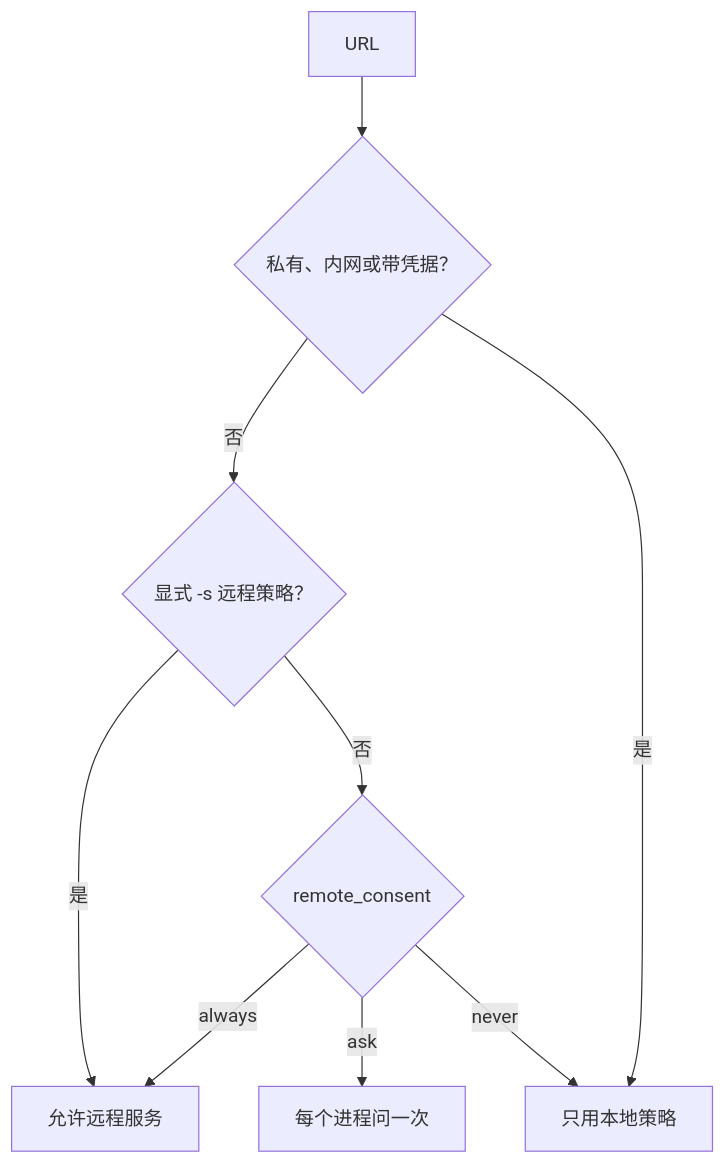
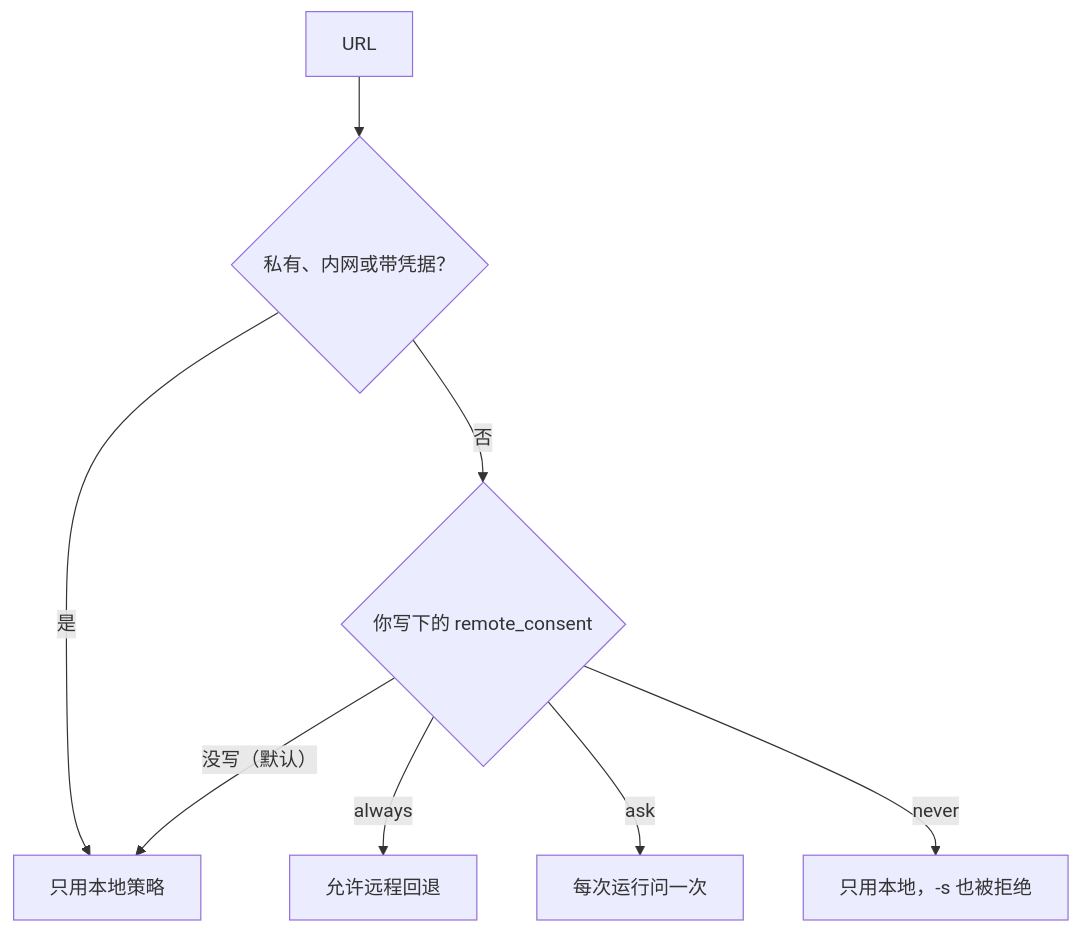
Before and after one commit to Ynewtime/markitai: the fourth of 4 diagrams in website/zh/guide/configuration.md, drawn with Mermaid. The commit also changed other lines of this file and 38 other files, not shown here.

````diff
--- a/website/zh/guide/configuration.md
+++ b/website/zh/guide/configuration.md
@@ -551,11 +496,10 @@
 ```mermaid
 flowchart TD
   U[URL] --> P{"私有、内网或带凭据？"}
-  P -->|否| S{"显式 -s 远程策略？"}
   P -->|是| L[只用本地策略]
-  S -->|是| R[允许远程服务]
-  S -->|否| C{remote_consent}
-  C -->|always| R
-  C -->|ask| A["每个进程问一次"]
-  C -->|never| L
+  P -->|否| C{"你写下的 remote_consent"}
+  C -->|"没写（默认）"| L
+  C -->|always| R[允许远程回退]
+  C -->|ask| A["每次运行问一次"]
+  C -->|never| N["只用本地，-s 也被拒绝"]
 ```
````
